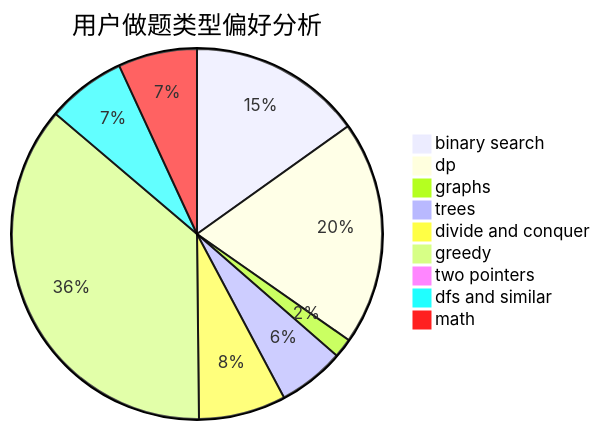
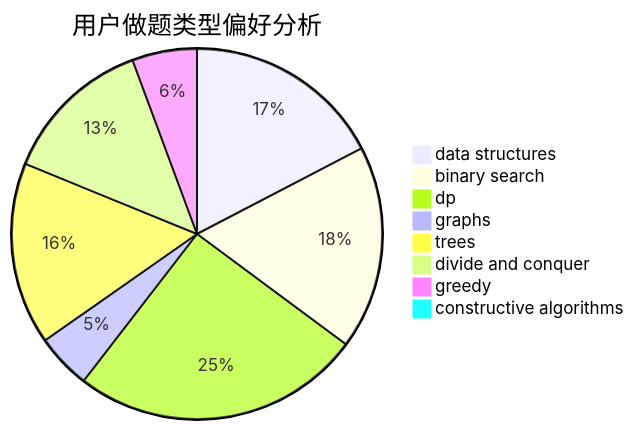
Before and after one commit to sherpahu/cfrs.github.io: the second of 3 diagrams in docs/user/u100.md, drawn with Mermaid. The commit also changed other lines of this file and 2775 other files, not shown here.

````diff
--- a/docs/user/u100.md
+++ b/docs/user/u100.md
@@ -23,12 +23,11 @@
 ```mermaid
 pie title 用户做题类型偏好分析
-    "binary search" :  843
-    "dp" :  1091
-    "graphs" :  94
-    "trees" :  324
-    "divide and conquer" :  424
-    "greedy" :  2027
-    "two pointers" :  15
-    "dfs and similar" :  384
-    "math" :  384
+    "data structures" :  83
+    "binary search" :  85
+    "dp" :  121
+    "graphs" :  23
+    "trees" :  76
+    "divide and conquer" :  63
+    "greedy" :  27
+    "constructive algorithms" :  3
 ```
````
